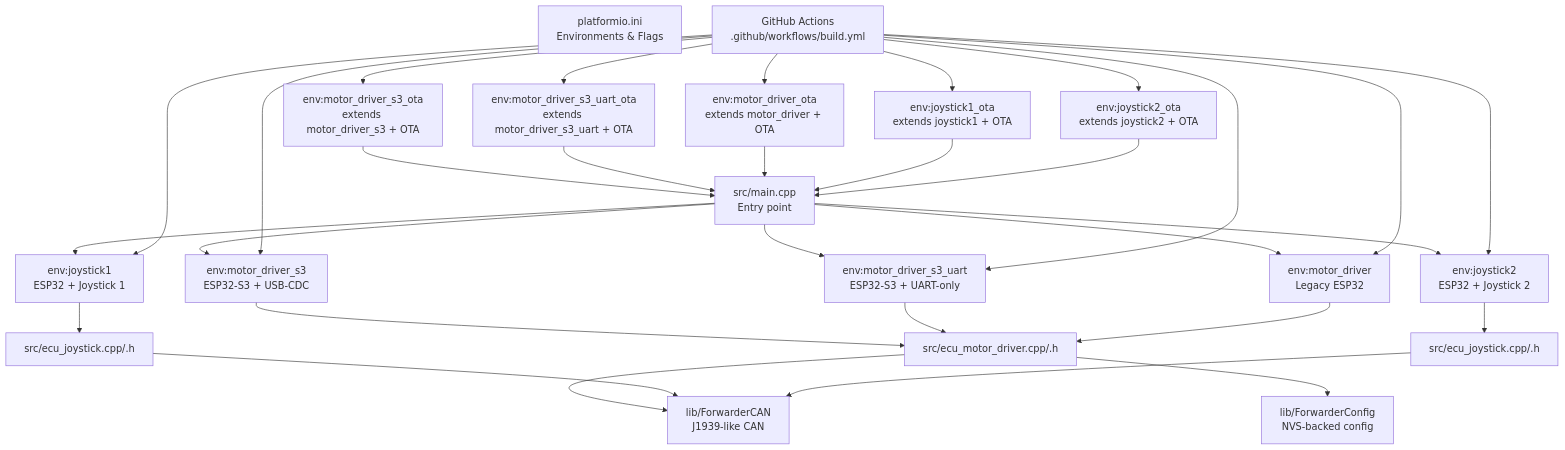
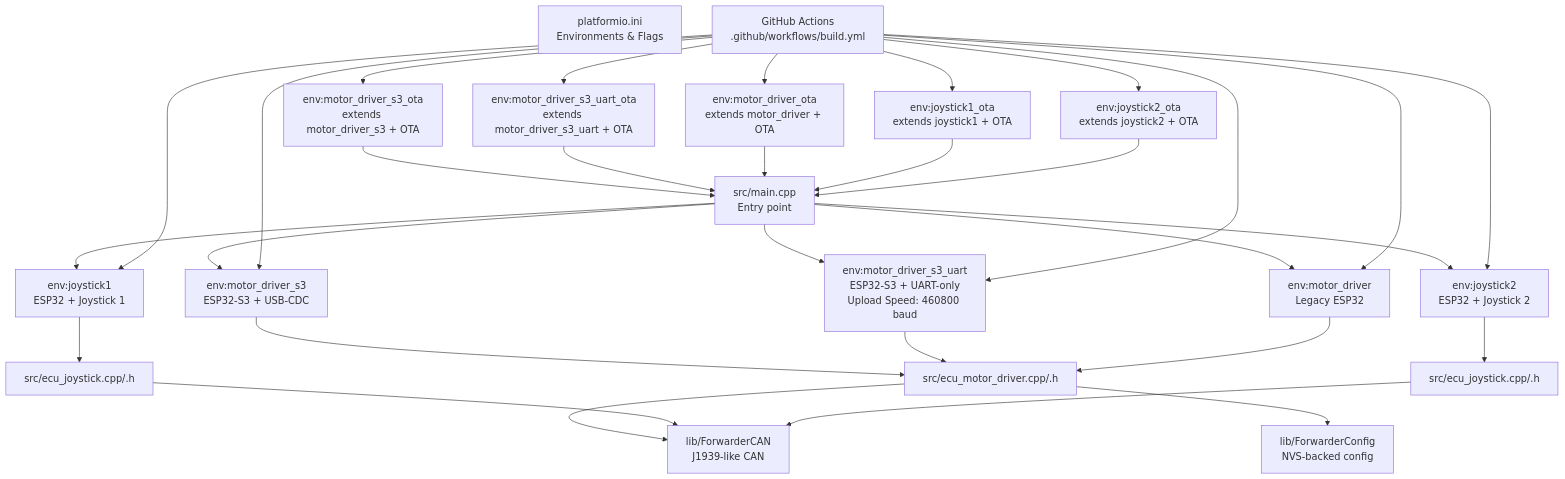
One commit to gunicsba/ESP_CAN_ECU_joystick_collection changed the first of 8 diagrams in .qoder/repowiki/en/content/Software Architecture/Build System Configuration.md. Above: the diagram before and after it, drawn with Mermaid. The commit also changed other lines of this file and 10 other files, not shown here.

````diff
--- a/.qoder/repowiki/en/content/Software Architecture/Build System Configuration.md
+++ b/.qoder/repowiki/en/content/Software Architecture/Build System Configuration.md
@@ -48,47 +46,47 @@
 ```mermaid
 graph TB
 PIO["platformio.ini<br/>Environments & Flags"]
 SRC_MAIN["src/main.cpp<br/>Entry point"]
 ENV_MD_S3["env:motor_driver_s3<br/>ESP32-S3 + USB-CDC"]
-ENV_MD_S3_UART["env:motor_driver_s3_uart<br/>ESP32-S3 + UART-only"]
+ENV_MD_S3_UART["env:motor_driver_s3_uart<br/>ESP32-S3 + UART-only<br/>Upload Speed: 460800 baud"]
 ENV_MD_LEG["env:motor_driver<br/>Legacy ESP32"]
 ENV_J1["env:joystick1<br/>ESP32 + Joystick 1"]
 ENV_J2["env:joystick2<br/>ESP32 + Joystick 2"]
 ENV_MDO_S3["env:motor_driver_s3_ota<br/>extends motor_driver_s3 + OTA"]
 ENV_MDO_S3_UART["env:motor_driver_s3_uart_ota<br/>extends motor_driver_s3_uart + OTA"]
 ENV_MDO_LEG["env:motor_driver_ota<br/>extends motor_driver + OTA"]
 ENV_J1O["env:joystick1_ota<br/>extends joystick1 + OTA"]
 ENV_J2O["env:joystick2_ota<br/>extends joystick2 + OTA"]
 LIB_CAN["lib/ForwarderCAN<br/>J1939-like CAN"]
 LIB_CFG["lib/ForwarderConfig<br/>NVS-backed config"]
 SRC_MAIN --> ENV_MD_S3
 SRC_MAIN --> ENV_MD_S3_UART
 SRC_MAIN --> ENV_MD_LEG
 SRC_MAIN --> ENV_J1
 SRC_MAIN --> ENV_J2
 ENV_MDO_S3 --> SRC_MAIN
 ENV_MDO_S3_UART --> SRC_MAIN
 ENV_MDO_LEG --> SRC_MAIN
 ENV_J1O --> SRC_MAIN
 ENV_J2O --> SRC_MAIN
 ENV_MD_S3 --> SRC_MD["src/ecu_motor_driver.cpp/.h"]
 ENV_MD_S3_UART --> SRC_MD
 ENV_MD_LEG --> SRC_MD
 ENV_J1 --> SRC_J1["src/ecu_joystick.cpp/.h"]
 ENV_J2 --> SRC_J2["src/ecu_joystick.cpp/.h"]
 SRC_MD --> LIB_CAN
 SRC_MD --> LIB_CFG
 SRC_J1 --> LIB_CAN
 SRC_J2 --> LIB_CAN
 CI["GitHub Actions<br/>.github/workflows/build.yml"]
 CI --> ENV_MD_S3
 CI --> ENV_MD_S3_UART
 CI --> ENV_MD_LEG
 CI --> ENV_J1
 CI --> ENV_J2
 CI --> ENV_MDO_S3
 CI --> ENV_MDO_S3_UART
 CI --> ENV_MDO_LEG
 CI --> ENV_J1O
 CI --> ENV_J2O
 ```
````
